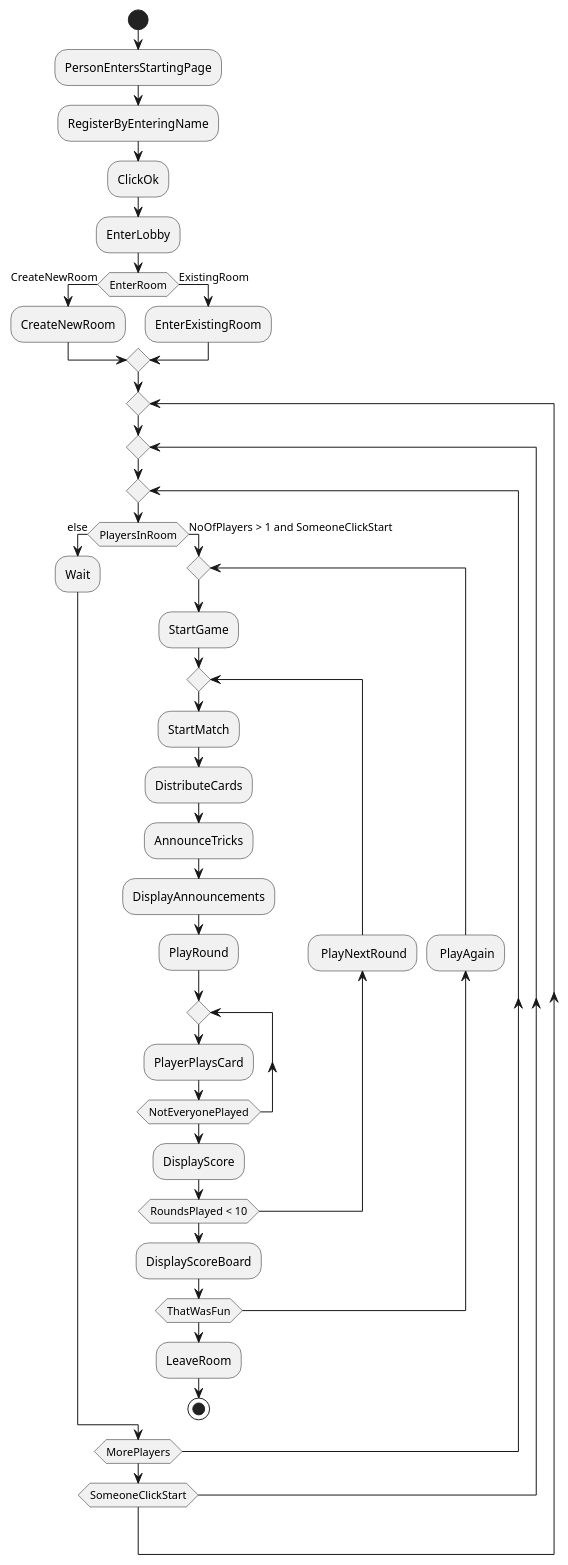
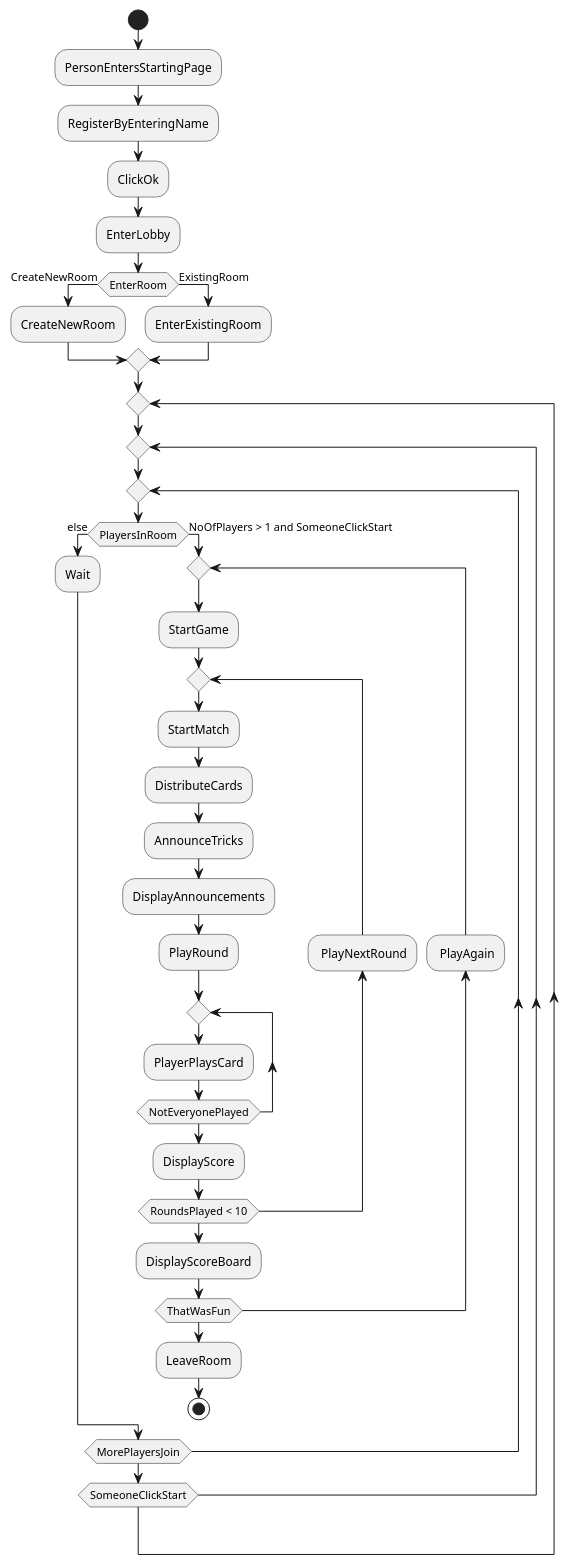
Before and after one commit to sopra-fs22-group-36/screw-your-neighbor-server: the diagram in src/doc/screw_your_neighbor_overall_workflow.puml, drawn with PlantUML.

```diff
--- a/src/doc/screw_your_neighbor_overall_workflow.puml
+++ b/src/doc/screw_your_neighbor_overall_workflow.puml
@@ -1,43 +1,43 @@
 @startuml
 'https://plantuml.com/activity-diagram-beta
 
 start
 :PersonEntersStartingPage;
 :RegisterByEnteringName;
 :ClickOk;
 :EnterLobby;
 if (EnterRoom) then (CreateNewRoom)
     :CreateNewRoom;
 else (ExistingRoom)
     :EnterExistingRoom;
 endif
 repeat
 repeat
 repeat
     if (PlayersInRoom) then (else)
         :Wait;
     else (NoOfPlayers > 1 and SomeoneClickStart)
         repeat
         :StartGame;
         repeat
             :StartMatch;
             :DistributeCards;
             :AnnounceTricks;
             :DisplayAnnouncements;
             :PlayRound;
             repeat
             :PlayerPlaysCard;
             repeat while (NotEveryonePlayed)
             :DisplayScore;
             backward: PlayNextRound;
         repeat while (RoundsPlayed < 10)
         :DisplayScoreBoard;
         backward: PlayAgain;
         repeat while (ThatWasFun)
         :LeaveRoom;
         stop
     endif
-repeat while (MorePlayers)
+repeat while (MorePlayersJoin)
 repeat while (SomeoneClickStart)
 
 @enduml
```
